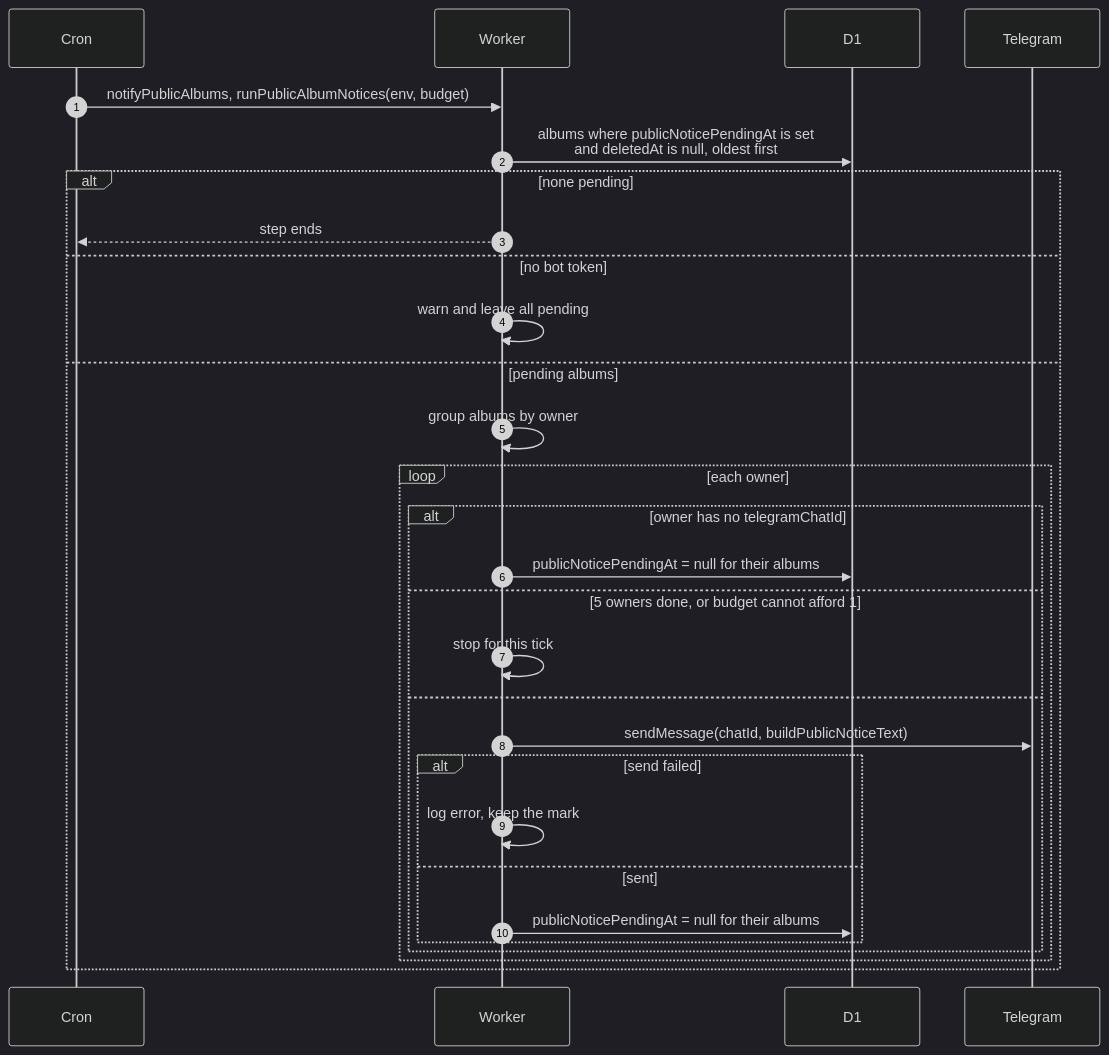
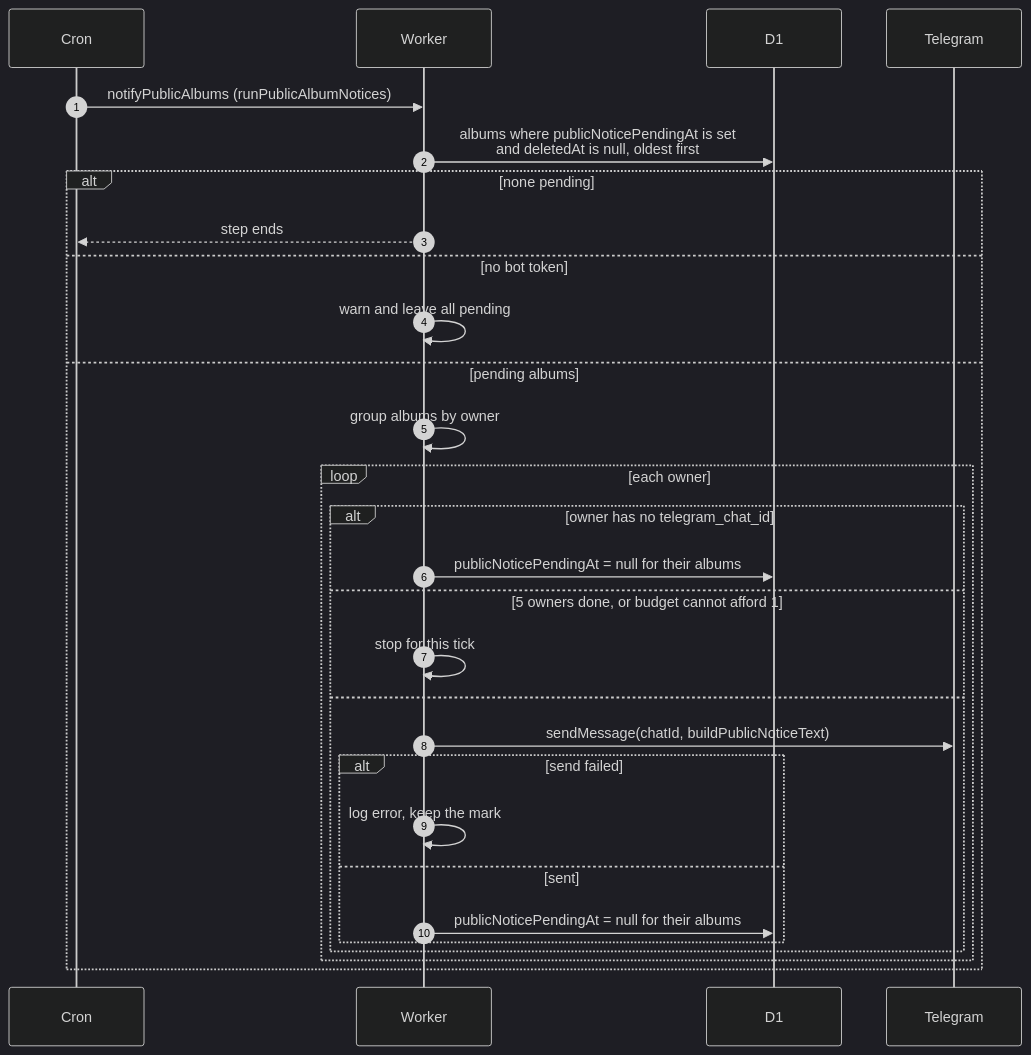
Before and after one commit to sagyzdop/meriksirat: the diagram in docs/scenarios/cron/albums-and-housekeeping/public-notice.md, drawn with Mermaid (dark theme). The commit also changed other lines of this file and 10 other files, not shown here.

Commit message:
docs(scenarios): verify cron albums-and-housekeeping diagrams against code

````diff
--- a/docs/scenarios/cron/albums-and-housekeeping/public-notice.md
+++ b/docs/scenarios/cron/albums-and-housekeeping/public-notice.md
@@ -30,31 +35,31 @@
 ```mermaid
 sequenceDiagram
     autonumber
     participant Cron
     participant Worker
     participant D1
     participant Telegram
-    Cron->>Worker: notifyPublicAlbums, runPublicAlbumNotices(env, budget)
+    Cron->>Worker: notifyPublicAlbums (runPublicAlbumNotices)
     Worker->>D1: albums where publicNoticePendingAt is set<br/>and deletedAt is null, oldest first
     alt none pending
         Worker-->>Cron: step ends
     else no bot token
         Worker->>Worker: warn and leave all pending
     else pending albums
         Worker->>Worker: group albums by owner
         loop each owner
-            alt owner has no telegramChatId
+            alt owner has no telegram_chat_id
                 Worker->>D1: publicNoticePendingAt = null for their albums
             else 5 owners done, or budget cannot afford 1
                 Worker->>Worker: stop for this tick
             else
                 Worker->>Telegram: sendMessage(chatId, buildPublicNoticeText)
                 alt send failed
                     Worker->>Worker: log error, keep the mark
                 else sent
                     Worker->>D1: publicNoticePendingAt = null for their albums
                 end
             end
         end
     end
 ```
````
